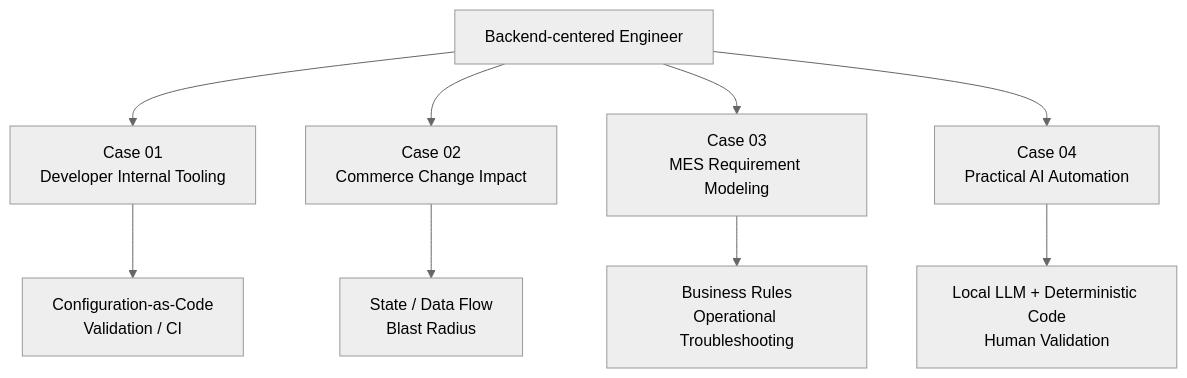
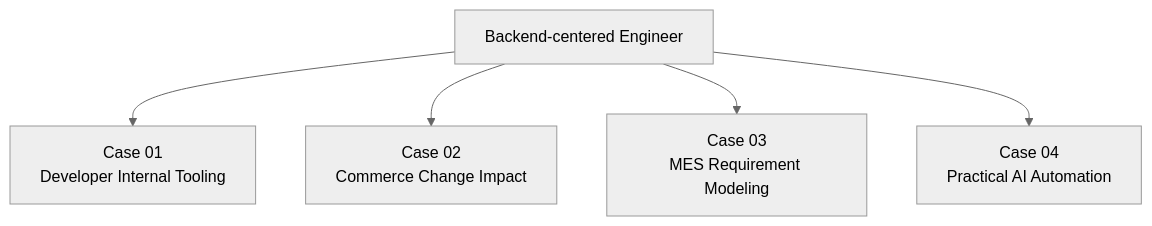
The first of 6 diagrams in PORTFOLIO-AX.md (tomtomjskim/jsnetworkcorp-portfolio), drawn with Mermaid (neutral theme) before and after one commit. The commit also changed other lines of this file and 5 other files, not shown here.

First line of the commit message:
portfolio: compact AX diagrams after visual QA

````diff
--- a/PORTFOLIO-AX.md
+++ b/PORTFOLIO-AX.md
@@ -17,12 +17,8 @@
 ```mermaid
 flowchart TD
-    ME[Backend-centered Engineer] --> C1[Case 01<br/>Developer Internal Tooling]
+    ME[Backend-centered Engineer]
+    ME --> C1[Case 01<br/>Developer Internal Tooling]
     ME --> C2[Case 02<br/>Commerce Change Impact]
     ME --> C3[Case 03<br/>MES Requirement Modeling]
     ME --> C4[Case 04<br/>Practical AI Automation]
-
-    C1 --> S1[Configuration-as-Code<br/>Validation / CI]
-    C2 --> S2[State / Data Flow<br/>Blast Radius]
-    C3 --> S3[Business Rules<br/>Operational Troubleshooting]
-    C4 --> S4[Local LLM + Deterministic Code<br/>Human Validation]
 ```
````
